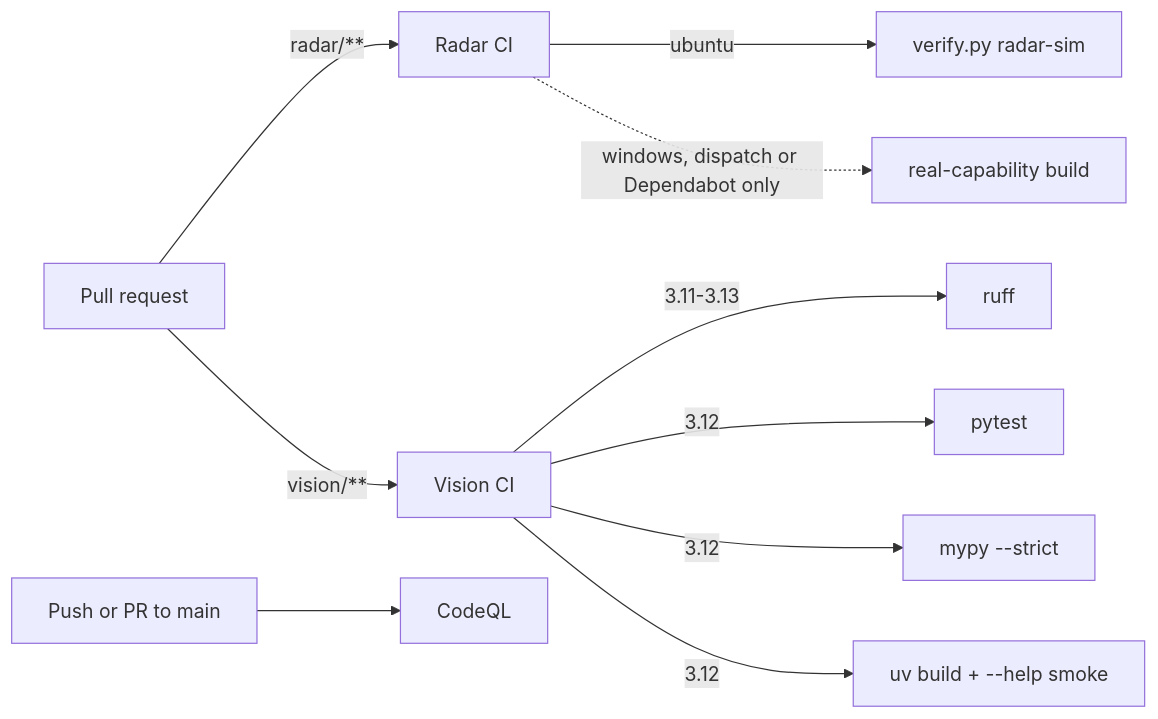
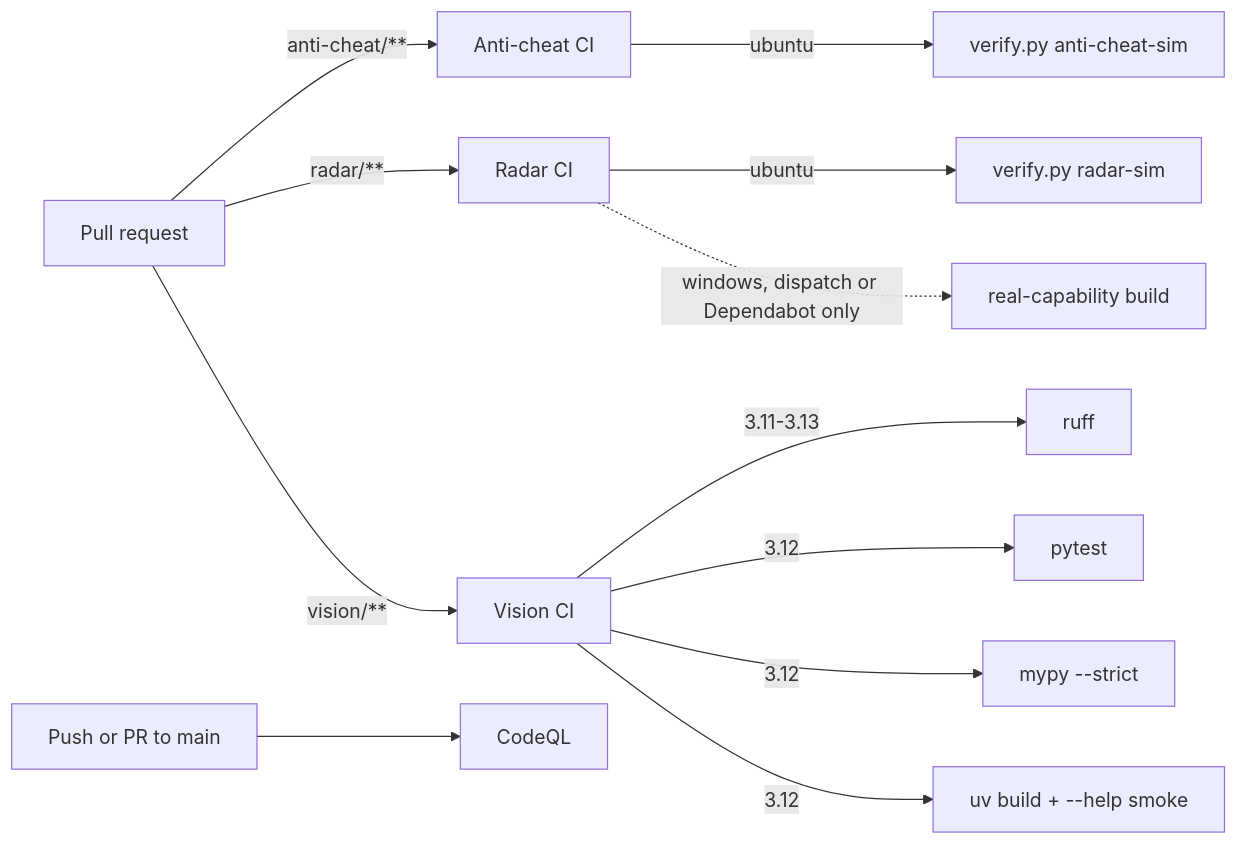
The sixth of 6 diagrams in docs/ARCHITECTURE.md (sebastianspicker/periscope-cs2), drawn with Mermaid before and after one commit. The commit also changed other lines of this file and 1657 other files, not shown here.

````diff
--- a/docs/ARCHITECTURE.md
+++ b/docs/ARCHITECTURE.md
@@ -246,12 +273,14 @@
 ```mermaid
 flowchart LR
-  pr[Pull request] -->|"radar/**"| rci[Radar CI]
+  pr[Pull request] -->|"anti-cheat/**"| aci[Anti-cheat CI]
+  pr -->|"radar/**"| rci[Radar CI]
   pr -->|"vision/**"| vci[Vision CI]
+  aci -->|ubuntu| acsim["verify.py anti-cheat-sim"]
   rci -->|ubuntu| rsim["verify.py radar-sim"]
   rci -.->|"windows, dispatch or Dependabot only"| rreal["real-capability build"]
   vci -->|"3.11-3.13"| vlint[ruff]
   vci -->|"3.12"| vtest[pytest]
   vci -->|"3.12"| vtype["mypy --strict"]
   vci -->|"3.12"| vpkg["uv build + --help smoke"]
   push[Push or PR to main] --> codeql[CodeQL]
 ```
````
